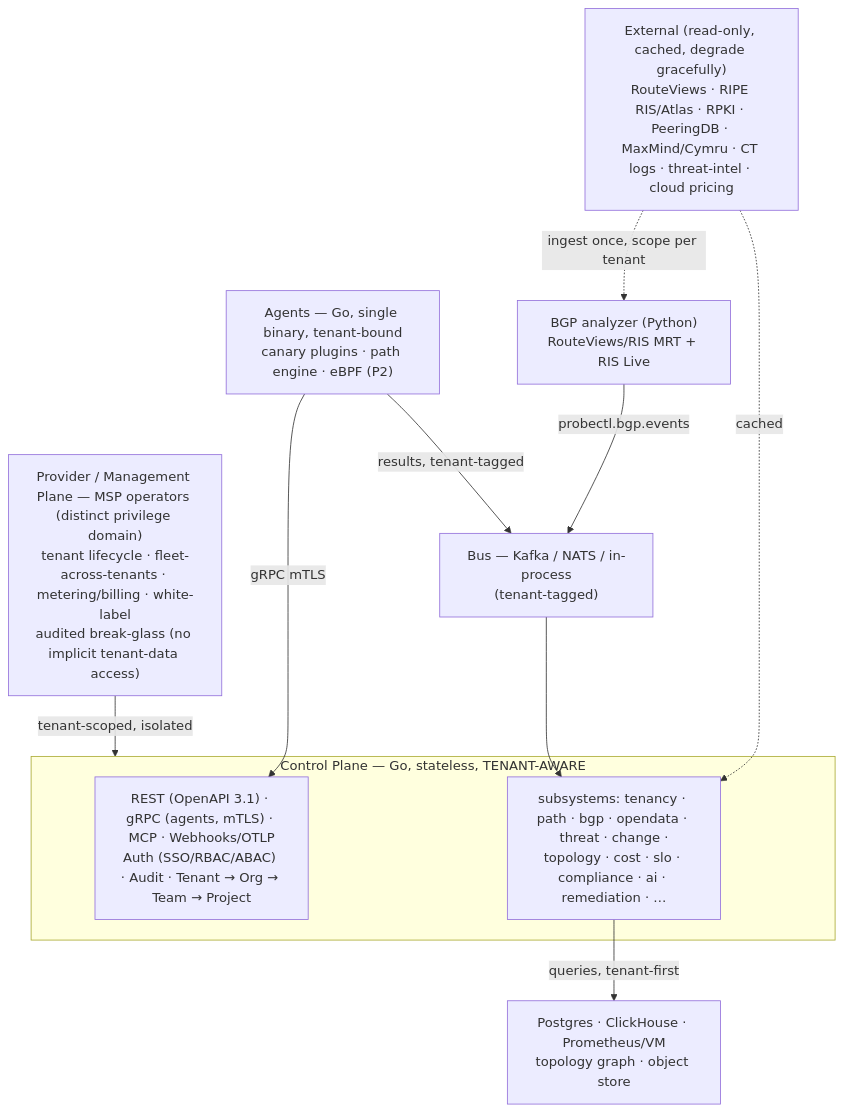
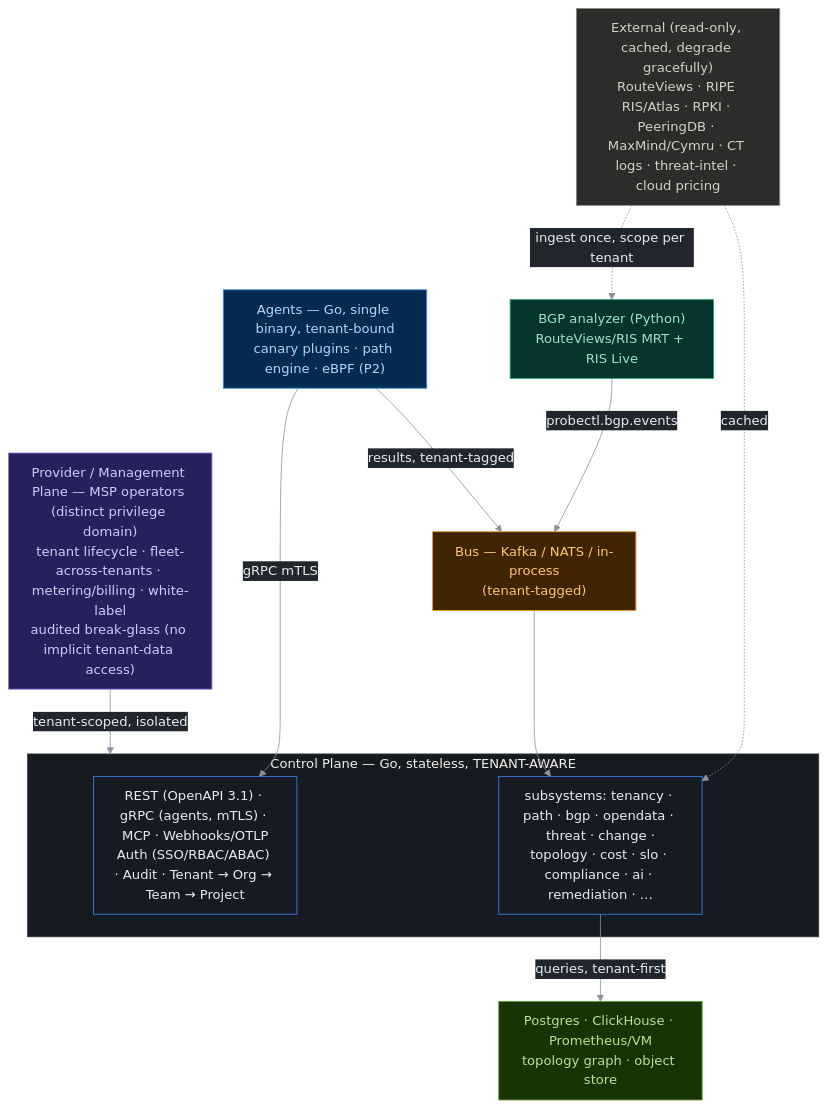
Before and after one commit to imfeelingtheagi/probectl: the diagram in README.md, drawn with Mermaid. The commit also changed other lines of this file and 32 other files, not shown here.

First line of the commit message:
docs: apply branded dark mermaid theme across all diagrams; drop banner subline

````diff
--- a/README.md
+++ b/README.md
@@ -70,24 +69,38 @@
 ```mermaid
+%%{init: {'theme':'base','themeVariables':{'background':'#0d1117','primaryColor':'#161b22','primaryTextColor':'#e6edf3','primaryBorderColor':'#3b82f6','lineColor':'#8b949e','secondaryColor':'#21262d','tertiaryColor':'#0d1117','clusterBkg':'#161b22','clusterBorder':'#30363d','fontFamily':'ui-monospace, SFMono-Regular, Menlo, monospace'},'flowchart':{'curve':'basis','nodeSpacing':55,'rankSpacing':55,'padding':12}}}%%
 flowchart TB
     Provider["Provider / Management Plane — MSP operators (distinct privilege domain)<br/>tenant lifecycle · fleet-across-tenants · metering/billing · white-label<br/>audited break-glass (no implicit tenant-data access)"]
 
     subgraph CP["Control Plane — Go, stateless, TENANT-AWARE"]
         Edge["REST (OpenAPI 3.1) · gRPC (agents, mTLS) · MCP · Webhooks/OTLP<br/>Auth (SSO/RBAC/ABAC) · Audit · Tenant → Org → Team → Project"]
         Subsys["subsystems: tenancy · path · bgp · opendata · threat · change ·<br/>topology · cost · slo · compliance · ai · remediation · …"]
     end
 
     Agents["Agents — Go, single binary, tenant-bound<br/>canary plugins · path engine · eBPF (P2)"]
     Analyzer["BGP analyzer (Python)<br/>RouteViews/RIS MRT + RIS Live"]
     Bus["Bus — Kafka / NATS / in-process<br/>(tenant-tagged)"]
     Stores["Postgres · ClickHouse · Prometheus/VM<br/>topology graph · object store"]
     External["External (read-only, cached, degrade gracefully)<br/>RouteViews · RIPE RIS/Atlas · RPKI · PeeringDB · MaxMind/Cymru · CT logs · threat-intel · cloud pricing"]
 
     Provider -->|tenant-scoped, isolated| CP
     Agents -->|gRPC mTLS| Edge
     Analyzer -->|probectl.bgp.events| Bus
     Agents -->|results, tenant-tagged| Bus
     Bus --> Subsys
     Subsys -->|queries, tenant-first| Stores
     External -.->|ingest once, scope per tenant| Analyzer
     External -.->|cached| Subsys
+
+    classDef prov fill:#26215C,stroke:#7F77DD,color:#CECBF6
+    classDef agent fill:#042C53,stroke:#378ADD,color:#B5D4F4
+    classDef analyzer fill:#04342C,stroke:#1D9E75,color:#9FE1CB
+    classDef bus fill:#412402,stroke:#EF9F27,color:#FAC775
+    classDef store fill:#173404,stroke:#639922,color:#C0DD97
+    classDef ext fill:#2C2C2A,stroke:#888780,color:#D3D1C7
+    class Provider prov
+    class Agents agent
+    class Analyzer analyzer
+    class Bus bus
+    class Stores store
+    class External ext
 ```
````
